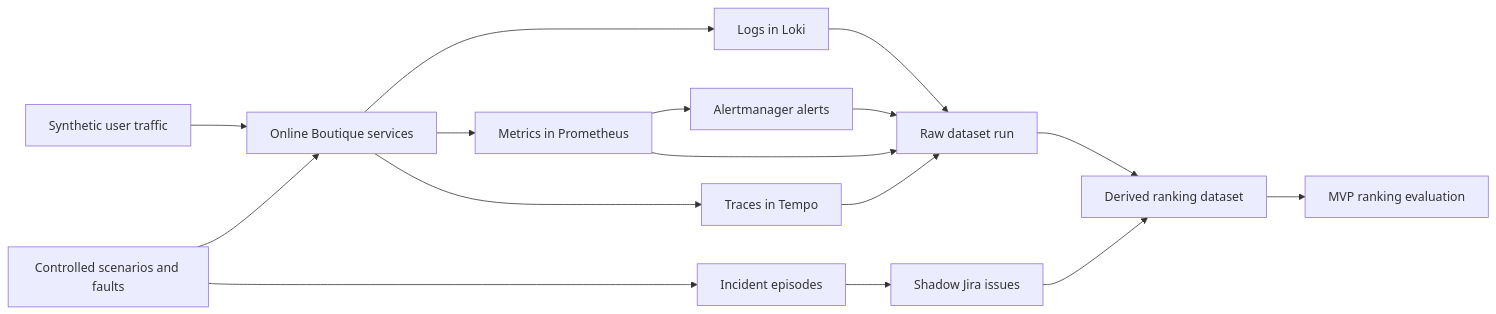
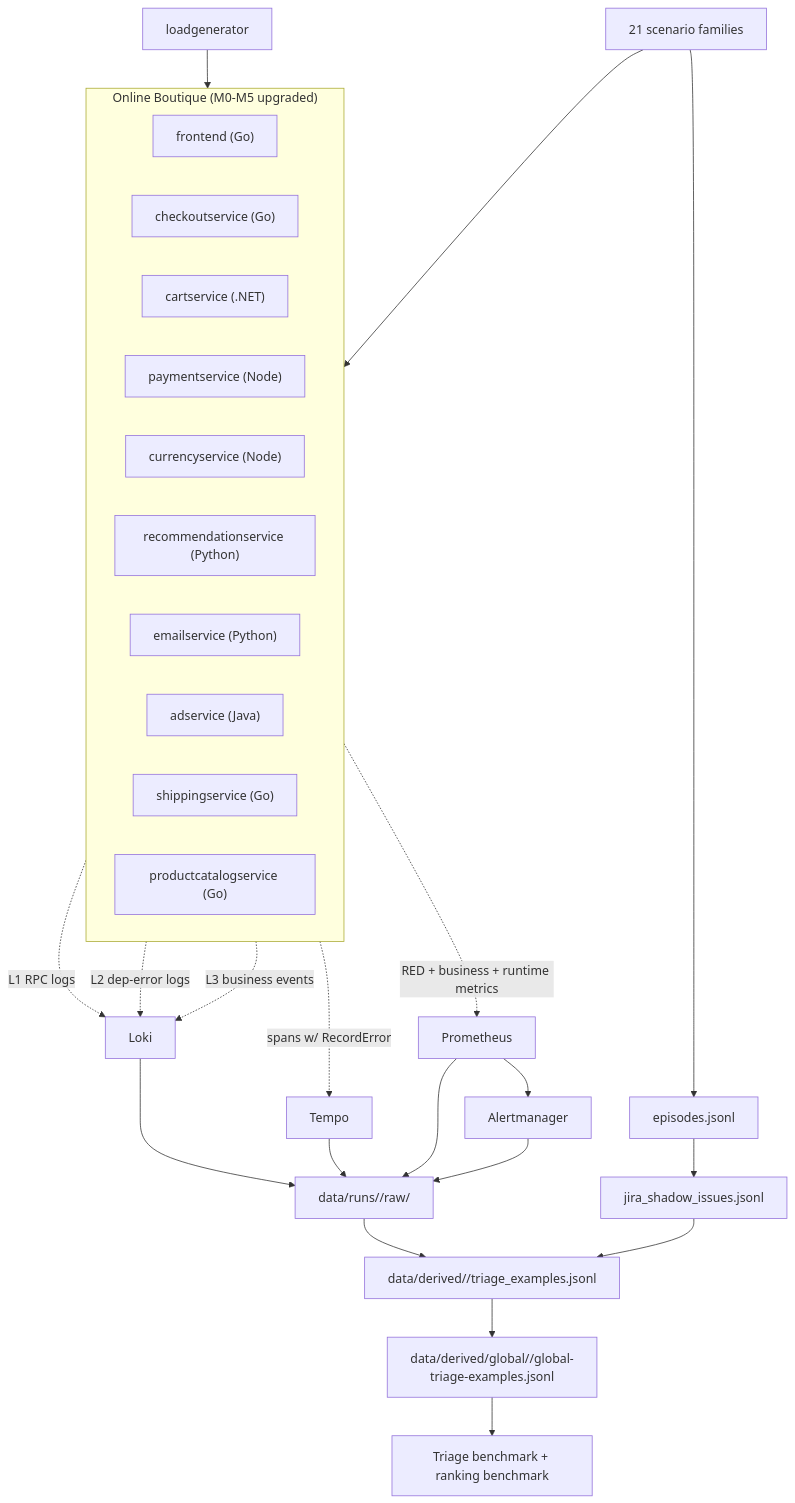
One commit to 17YuvrajSehgal/JiraAndLogs changed the diagram in README.md. Above: the diagram before and after it, drawn with Mermaid. The commit also changed other lines of this file, not shown here.

````diff
--- a/README.md
+++ b/README.md
@@ -110,18 +201,36 @@
 ```mermaid
-flowchart LR
-    Traffic["Synthetic user traffic"] --> App["Online Boutique services"]
-    Scenarios["Controlled scenarios and faults"] --> App
-    App --> Logs["Logs in Loki"]
-    App --> Metrics["Metrics in Prometheus"]
-    App --> Traces["Traces in Tempo"]
-    Metrics --> Alerts["Alertmanager alerts"]
-    Logs --> Raw["Raw dataset run"]
-    Metrics --> Raw
-    Traces --> Raw
+flowchart TB
+    subgraph App["Online Boutique (M0-M5 upgraded)"]
+        FE["frontend (Go)"]
+        CO["checkoutservice (Go)"]
+        CA["cartservice (.NET)"]
+        PA["paymentservice (Node)"]
+        CU["currencyservice (Node)"]
+        RE["recommendationservice (Python)"]
+        EM["emailservice (Python)"]
+        AD["adservice (Java)"]
+        SH["shippingservice (Go)"]
+        PC["productcatalogservice (Go)"]
+    end
+
+    Traffic["loadgenerator"] --> App
+    Scenarios["21 scenario families"] --> App
+
+    App -.L1 RPC logs.-> Loki
+    App -.L2 dep-error logs.-> Loki
+    App -.L3 business events.-> Loki
+    App -.spans w/ RecordError.-> Tempo
+    App -.RED + business + runtime metrics.-> Prom["Prometheus"]
+    Prom --> Alerts["Alertmanager"]
+
+    Loki --> Raw["data/runs/<id>/raw/"]
+    Tempo --> Raw
+    Prom --> Raw
     Alerts --> Raw
-    Scenarios --> Episodes["Incident episodes"]
-    Episodes --> Jira["Shadow Jira issues"]
-    Raw --> Derived["Derived ranking dataset"]
+    Scenarios --> Episodes["episodes.jsonl"]
+    Episodes --> Jira["jira_shadow_issues.jsonl"]
+    Raw --> Derived["data/derived/<id>/triage_examples.jsonl"]
     Jira --> Derived
-    Derived --> Eval["MVP ranking evaluation"]
+    Derived --> Global["data/derived/global/<id>/global-triage-examples.jsonl"]
+    Global --> Eval["Triage benchmark + ranking benchmark"]
 ```
````
